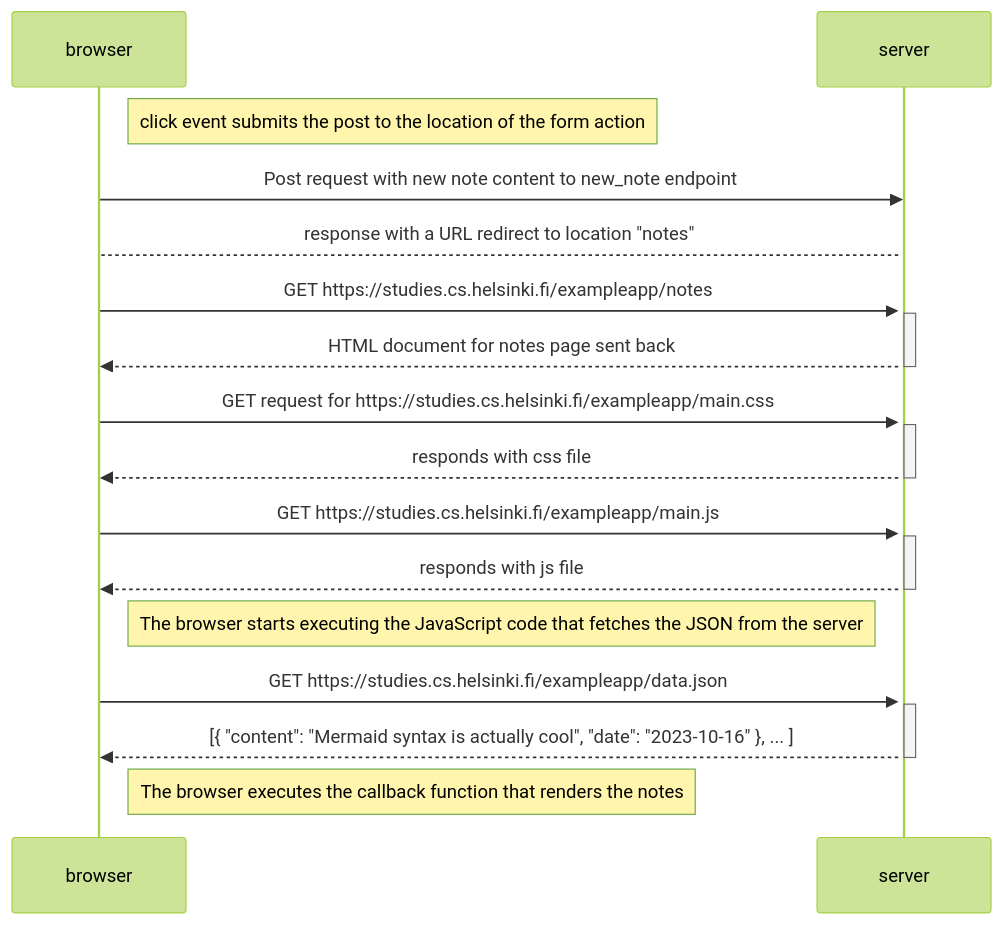
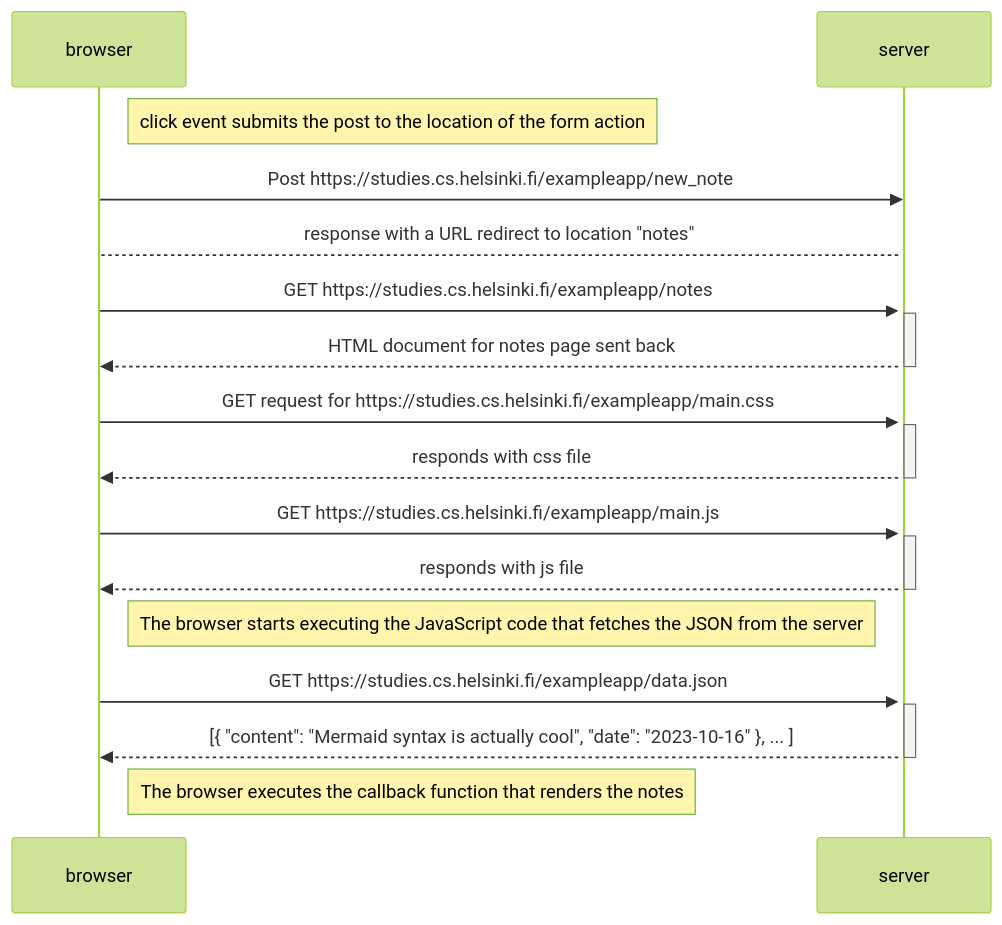
One commit to temideewan/fullstack_open changed the diagram in part0/NewNoteDiagram.md. Above: the diagram before and after it, drawn with Mermaid (forest theme). The commit also changed 1 other file, not shown here.

Commit message:
feat: create new notes SP:A

````diff
--- a/part0/NewNoteDiagram.md
+++ b/part0/NewNoteDiagram.md
@@ -3,34 +3,34 @@
 ```mermaid
 sequenceDiagram
   participant browser
   participant server
 
   Note right of browser: click event submits the post to the location of the form action
 
-  browser->>server: Post request with new note content to new_note endpoint
+  browser->>server: Post https://studies.cs.helsinki.fi/exampleapp/new_note
   activate server
   server-->browser: response with a URL redirect to location "notes"
   browser->>server: GET https://studies.cs.helsinki.fi/exampleapp/notes
   activate server
   server-->>browser: HTML document for notes page sent back
   deactivate server
 
   browser->>server: GET request for https://studies.cs.helsinki.fi/exampleapp/main.css
   activate server
   server-->>browser: responds with css file
   deactivate server
 
   browser->>server: GET https://studies.cs.helsinki.fi/exampleapp/main.js
   activate server
   server-->>browser: responds with js file
   deactivate server
 
   Note right of browser: The browser starts executing the JavaScript code that fetches the JSON from the server
 
   browser->>server: GET https://studies.cs.helsinki.fi/exampleapp/data.json
   activate server
   server-->>browser: [{ "content": "Mermaid syntax is actually cool", "date": "2023-10-16" }, ... ]
   deactivate server
 
   Note right of browser: The browser executes the callback function that renders the notes
 ```
````
